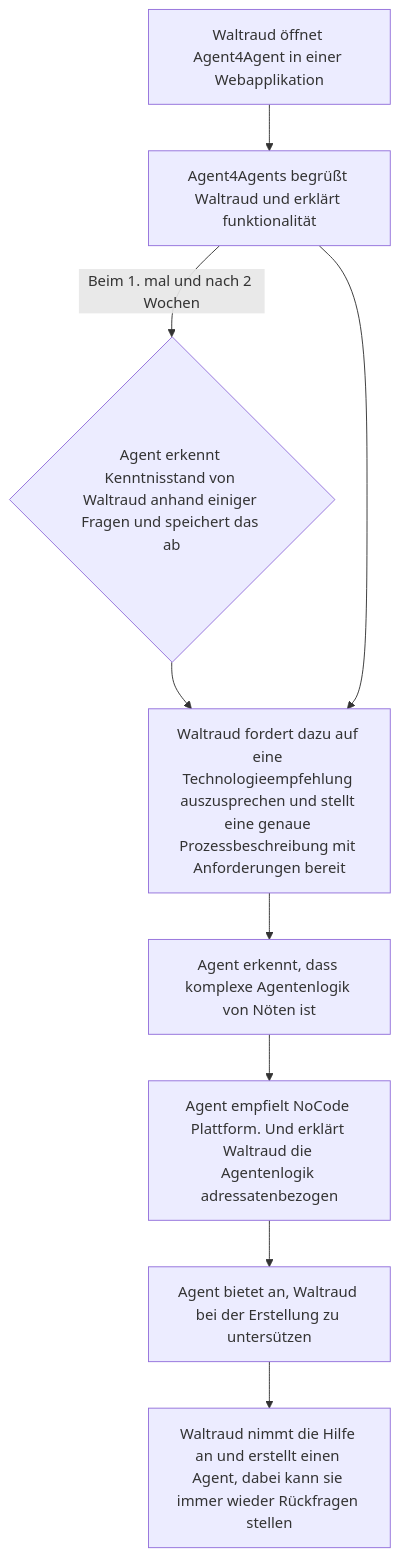
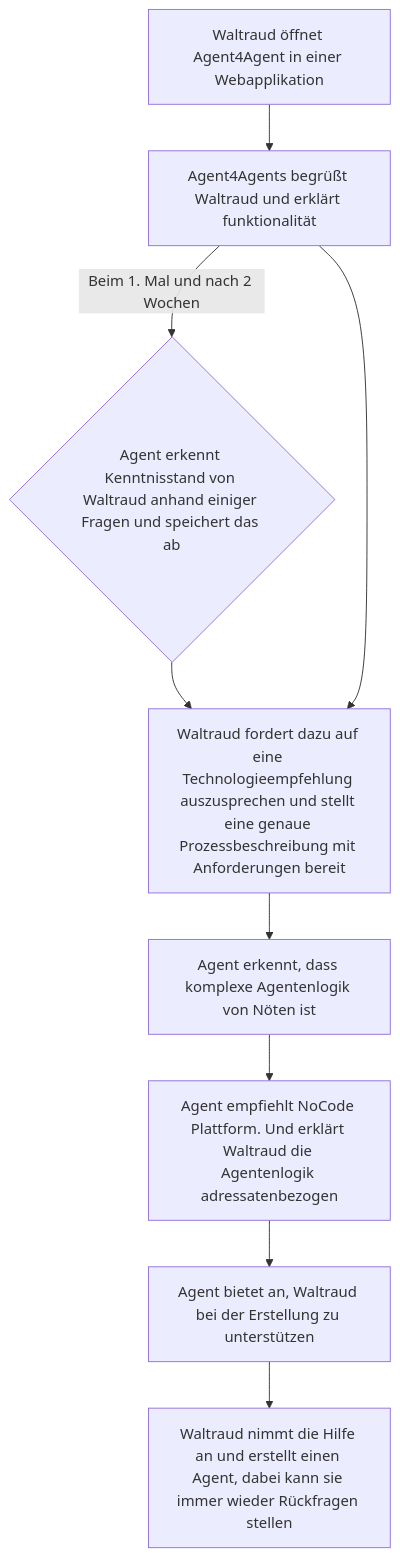
One commit to agentic-ai-ws2526-group-c/agent4agents-documentation changed the third of 4 diagrams in Ideation/User Personas and UseCases.md. Above: the diagram before and after it, drawn with Mermaid. The commit also changed other lines of this file, not shown here.

````diff
--- a/Ideation/User Personas and UseCases.md
+++ b/Ideation/User Personas and UseCases.md
@@ -80,11 +80,11 @@
 ```mermaid
 graph TD
     A[Waltraud öffnet Agent4Agent in einer Webapplikation] --> B[Agent4Agents begrüßt Waltraud und erklärt funktionalität];
-    B -- "Beim 1. mal und nach 2 Wochen" --> C{Agent erkennt Kenntnisstand von Waltraud anhand einiger Fragen und speichert das ab};
+    B -- "Beim 1. Mal und nach 2 Wochen" --> C{Agent erkennt Kenntnisstand von Waltraud anhand einiger Fragen und speichert das ab};
     C --> D[Waltraud fordert dazu auf eine Technologieempfehlung auszusprechen und stellt eine genaue Prozessbeschreibung mit Anforderungen bereit];
     B --> D;
     D --> E[Agent erkennt, dass komplexe Agentenlogik von Nöten ist];
-    E --> F[Agent empfielt NoCode Plattform. Und erklärt Waltraud die Agentenlogik adressatenbezogen];
-    F --> G[Agent bietet an, Waltraud bei der Erstellung zu untersützen];
+    E --> F[Agent empfiehlt NoCode Plattform. Und erklärt Waltraud die Agentenlogik adressatenbezogen];
+    F --> G[Agent bietet an, Waltraud bei der Erstellung zu unterstützen];
     G --> H[Waltraud nimmt die Hilfe an und erstellt einen Agent, dabei kann sie immer wieder Rückfragen stellen];
 ```
````
